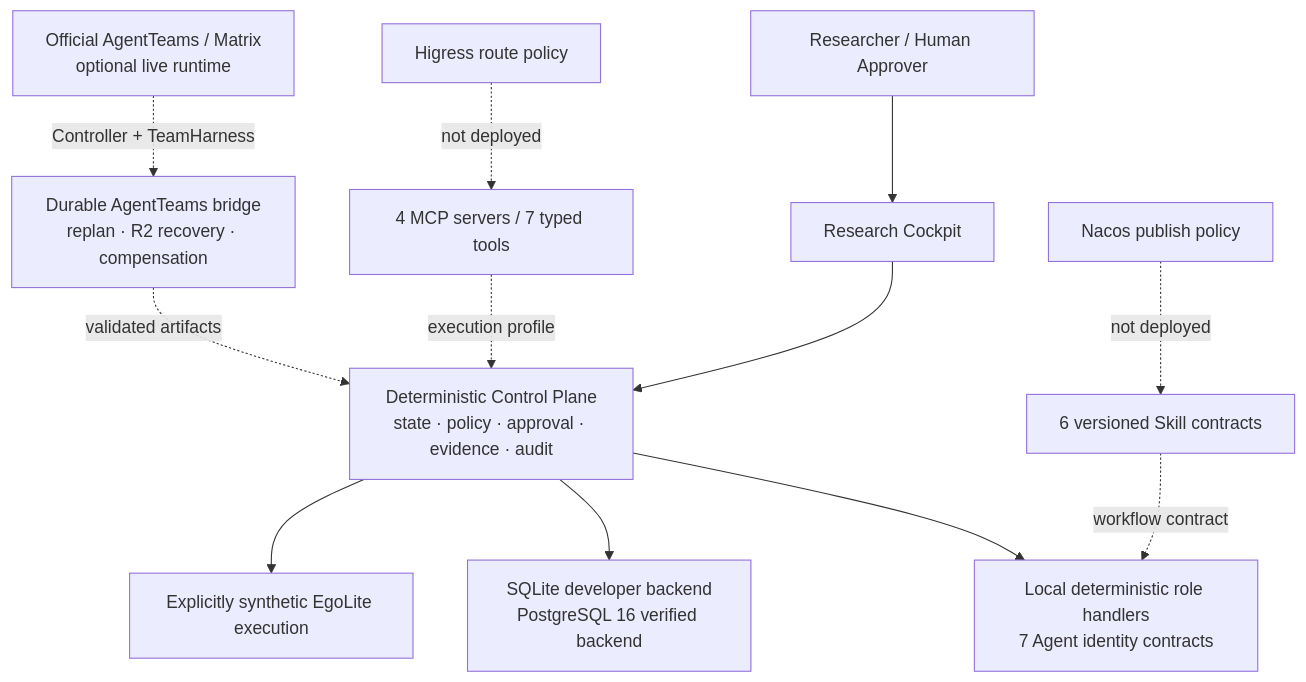
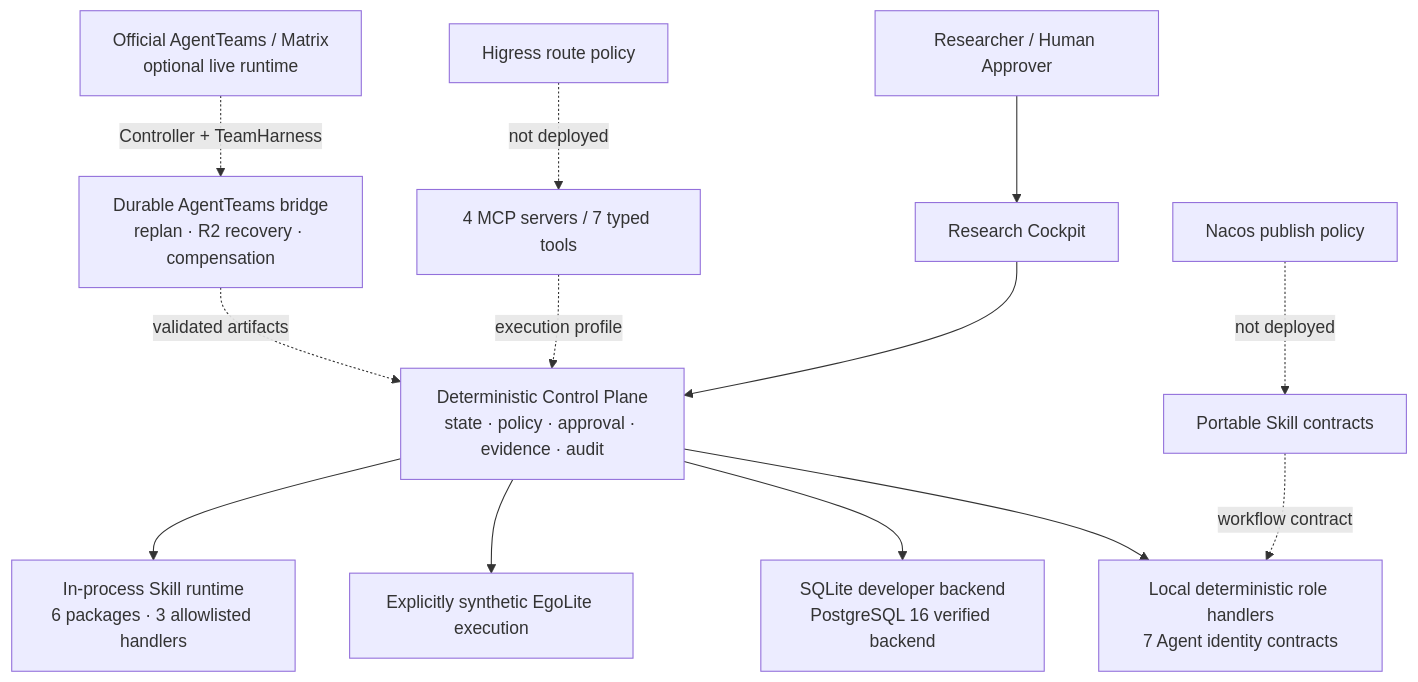
One commit to Sorasky681/ego_agent_infra_secure_memory changed the diagram in README.md. Above: the diagram before and after it, drawn with Mermaid. The commit also changed other lines of this file and 3 other files, not shown here.

````diff
--- a/README.md
+++ b/README.md
@@ -79,14 +97,15 @@
 ```mermaid
 flowchart TB
   H["Researcher / Human Approver"] --> UI["Research Cockpit"]
   UI --> CP["Deterministic Control Plane\nstate · policy · approval · evidence · audit"]
   CP --> A["Local deterministic role handlers\n7 Agent identity contracts"]
   CP --> DB["SQLite developer backend\nPostgreSQL 16 verified backend"]
   CP --> X["Explicitly synthetic EgoLite execution"]
-  S["6 versioned Skill contracts"] -. workflow contract .-> A
+  CP --> SR["In-process Skill runtime\n6 packages · 3 allowlisted handlers"]
+  S["Portable Skill contracts"] -. workflow contract .-> A
   T["4 MCP servers / 7 typed tools"] -. execution profile .-> CP
   AT["Official AgentTeams / Matrix\noptional live runtime"] -. Controller + TeamHarness .-> AB["Durable AgentTeams bridge\nreplan · R2 recovery · compensation"]
   AB -. validated artifacts .-> CP
   HG["Higress route policy"] -. not deployed .-> T
   NC["Nacos publish policy"] -. not deployed .-> S
 ```
````
